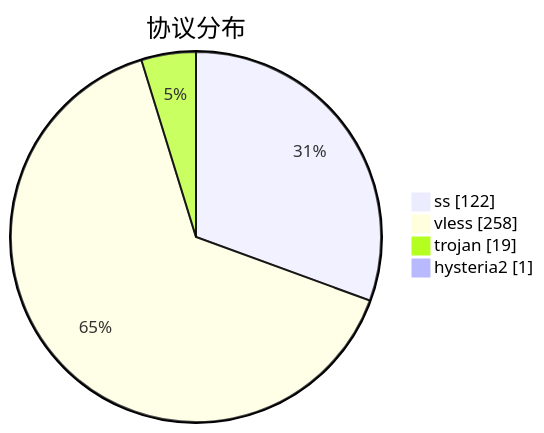
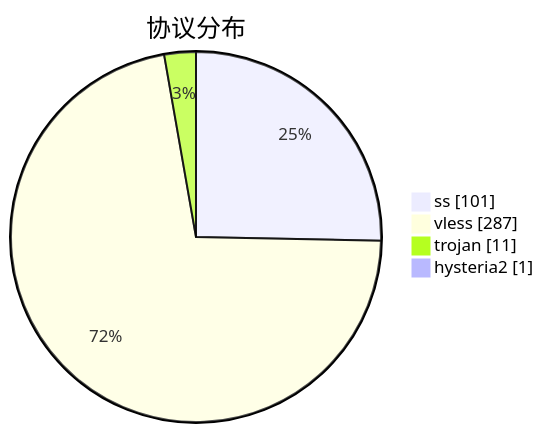
Before and after one commit to qjlxg/airport: the third of 3 diagrams in subs/statistics/tested_within.md, drawn with Mermaid. The commit also changed other lines of this file and 2 other files, not shown here.

````diff
--- a/subs/statistics/tested_within.md
+++ b/subs/statistics/tested_within.md
@@ -18,8 +18,8 @@
 ```mermaid
 pie showData
 title 协议分布
-"ss" : 122
-"vless" : 258
-"trojan" : 19
+"ss" : 101
+"vless" : 287
+"trojan" : 11
 "hysteria2" : 1
 ```
````
